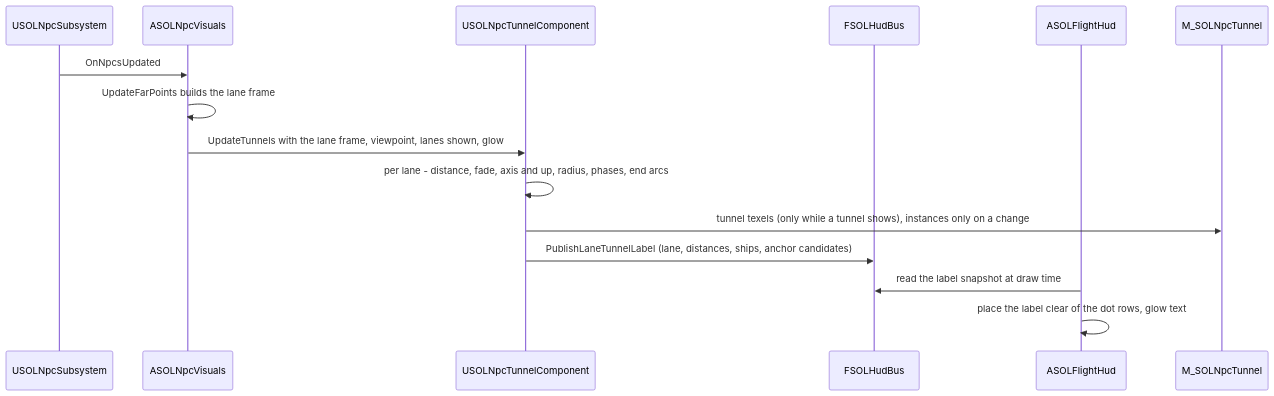
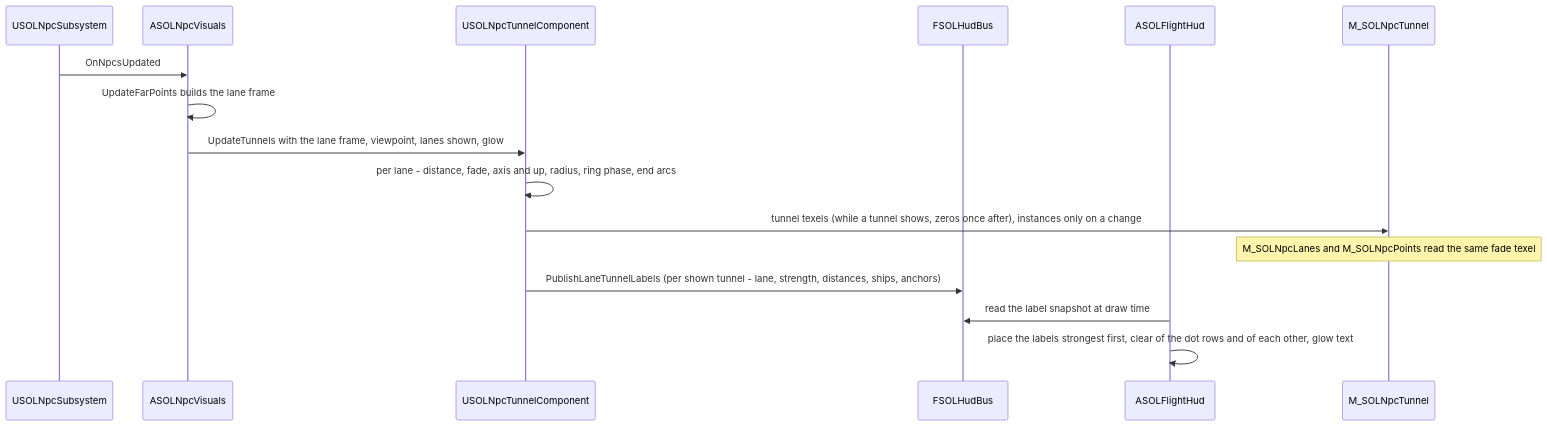
The diagram in Docs/SDDs/49-lane-guidance-tunnel.md (DieSlower/SOLTest), drawn with Mermaid before and after one commit. The commit also changed other lines of this file and 4 other files, not shown here.

First line of the commit message:
Issue #49: Resolve open questions, add lane traffic flow ticket

````diff
--- a/Docs/SDDs/49-lane-guidance-tunnel.md
+++ b/Docs/SDDs/49-lane-guidance-tunnel.md
@@ -281,17 +359,18 @@
 ```mermaid
 sequenceDiagram
     participant Npc as USOLNpcSubsystem
     participant Vis as ASOLNpcVisuals
     participant Tun as USOLNpcTunnelComponent
     participant Bus as FSOLHudBus
     participant Hud as ASOLFlightHud
     participant Gpu as M_SOLNpcTunnel
     Npc->>Vis: OnNpcsUpdated
     Vis->>Vis: UpdateFarPoints builds the lane frame
     Vis->>Tun: UpdateTunnels with the lane frame, viewpoint, lanes shown, glow
-    Tun->>Tun: per lane - distance, fade, axis and up, radius, phases, end arcs
-    Tun->>Gpu: tunnel texels (only while a tunnel shows), instances only on a change
-    Tun->>Bus: PublishLaneTunnelLabel (lane, distances, ships, anchor candidates)
+    Tun->>Tun: per lane - distance, fade, axis and up, radius, ring phase, end arcs
+    Tun->>Gpu: tunnel texels (while a tunnel shows, zeros once after), instances only on a change
+    Note over Gpu: M_SOLNpcLanes and M_SOLNpcPoints read the same fade texel
+    Tun->>Bus: PublishLaneTunnelLabels (per shown tunnel - lane, strength, distances, ships, anchors)
     Hud->>Bus: read the label snapshot at draw time
-    Hud->>Hud: place the label clear of the dot rows, glow text
+    Hud->>Hud: place the labels strongest first, clear of the dot rows and of each other, glow text
 ```
````
